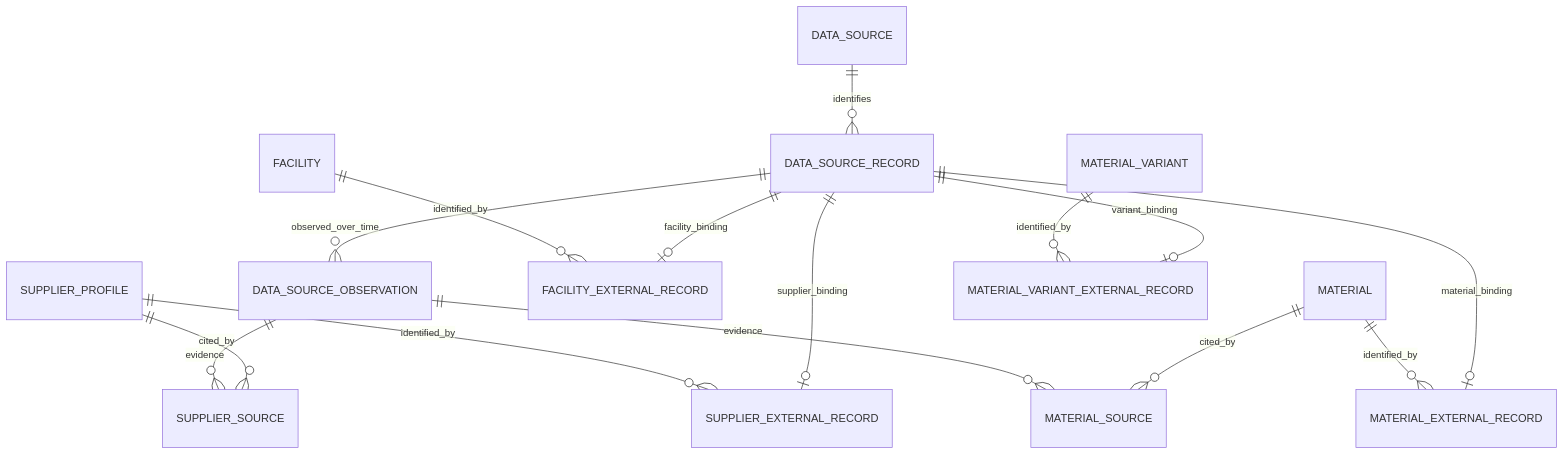
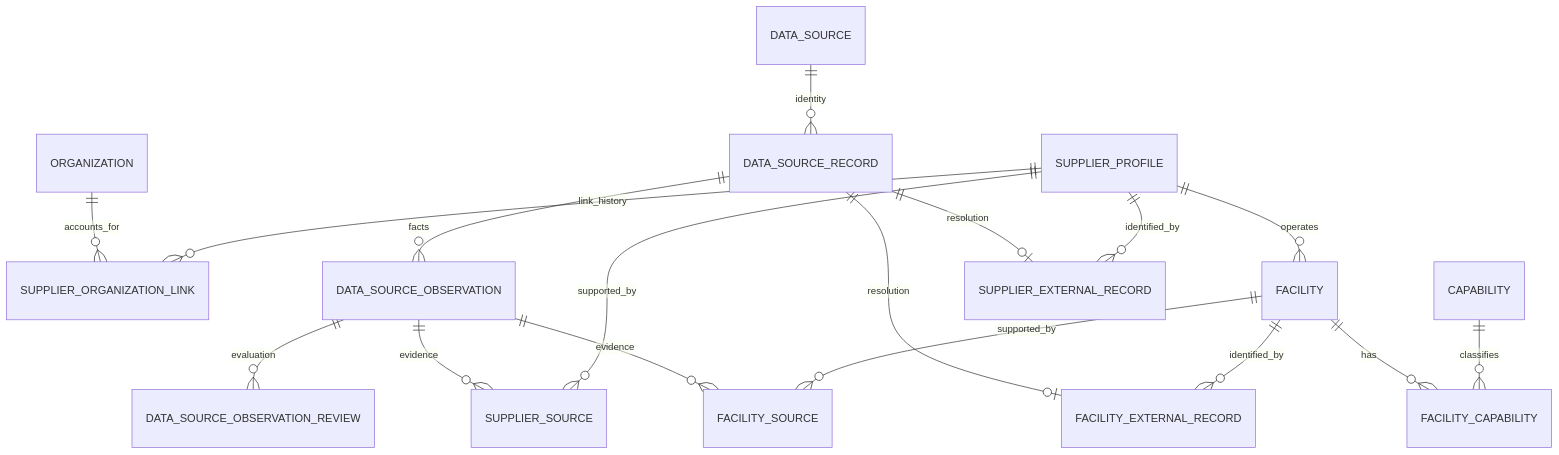
Before and after one commit to Croco-JY/codex: the diagram in docs/phase-1-plan.md, drawn with Mermaid. The commit also changed other lines of this file and 11 other files, not shown here.

````diff
--- a/docs/phase-1-plan.md
+++ b/docs/phase-1-plan.md
@@ -133,17 +23,19 @@
 ```mermaid
 erDiagram
-    DATA_SOURCE ||--o{ DATA_SOURCE_RECORD : identifies
-    DATA_SOURCE_RECORD ||--o{ DATA_SOURCE_OBSERVATION : observed_over_time
-    DATA_SOURCE_RECORD ||--o| SUPPLIER_EXTERNAL_RECORD : supplier_binding
-    SUPPLIER_PROFILE ||--o{ SUPPLIER_EXTERNAL_RECORD : identified_by
-    DATA_SOURCE_RECORD ||--o| FACILITY_EXTERNAL_RECORD : facility_binding
-    FACILITY ||--o{ FACILITY_EXTERNAL_RECORD : identified_by
-    DATA_SOURCE_RECORD ||--o| MATERIAL_EXTERNAL_RECORD : material_binding
-    MATERIAL ||--o{ MATERIAL_EXTERNAL_RECORD : identified_by
-    DATA_SOURCE_RECORD ||--o| MATERIAL_VARIANT_EXTERNAL_RECORD : variant_binding
-    MATERIAL_VARIANT ||--o{ MATERIAL_VARIANT_EXTERNAL_RECORD : identified_by
-    SUPPLIER_PROFILE ||--o{ SUPPLIER_SOURCE : cited_by
-    DATA_SOURCE_OBSERVATION ||--o{ SUPPLIER_SOURCE : evidence
-    MATERIAL ||--o{ MATERIAL_SOURCE : cited_by
-    DATA_SOURCE_OBSERVATION ||--o{ MATERIAL_SOURCE : evidence
+  ORGANIZATION ||--o{ SUPPLIER_ORGANIZATION_LINK : accounts_for
+  SUPPLIER_PROFILE ||--o{ SUPPLIER_ORGANIZATION_LINK : link_history
+  SUPPLIER_PROFILE ||--o{ FACILITY : operates
+  FACILITY ||--o{ FACILITY_CAPABILITY : has
+  CAPABILITY ||--o{ FACILITY_CAPABILITY : classifies
+  DATA_SOURCE ||--o{ DATA_SOURCE_RECORD : identity
+  DATA_SOURCE_RECORD ||--o{ DATA_SOURCE_OBSERVATION : facts
+  DATA_SOURCE_OBSERVATION ||--o{ DATA_SOURCE_OBSERVATION_REVIEW : evaluation
+  DATA_SOURCE_RECORD ||--o| SUPPLIER_EXTERNAL_RECORD : resolution
+  SUPPLIER_PROFILE ||--o{ SUPPLIER_EXTERNAL_RECORD : identified_by
+  DATA_SOURCE_OBSERVATION ||--o{ SUPPLIER_SOURCE : evidence
+  SUPPLIER_PROFILE ||--o{ SUPPLIER_SOURCE : supported_by
+  DATA_SOURCE_RECORD ||--o| FACILITY_EXTERNAL_RECORD : resolution
+  FACILITY ||--o{ FACILITY_EXTERNAL_RECORD : identified_by
+  DATA_SOURCE_OBSERVATION ||--o{ FACILITY_SOURCE : evidence
+  FACILITY ||--o{ FACILITY_SOURCE : supported_by
 ```
````
